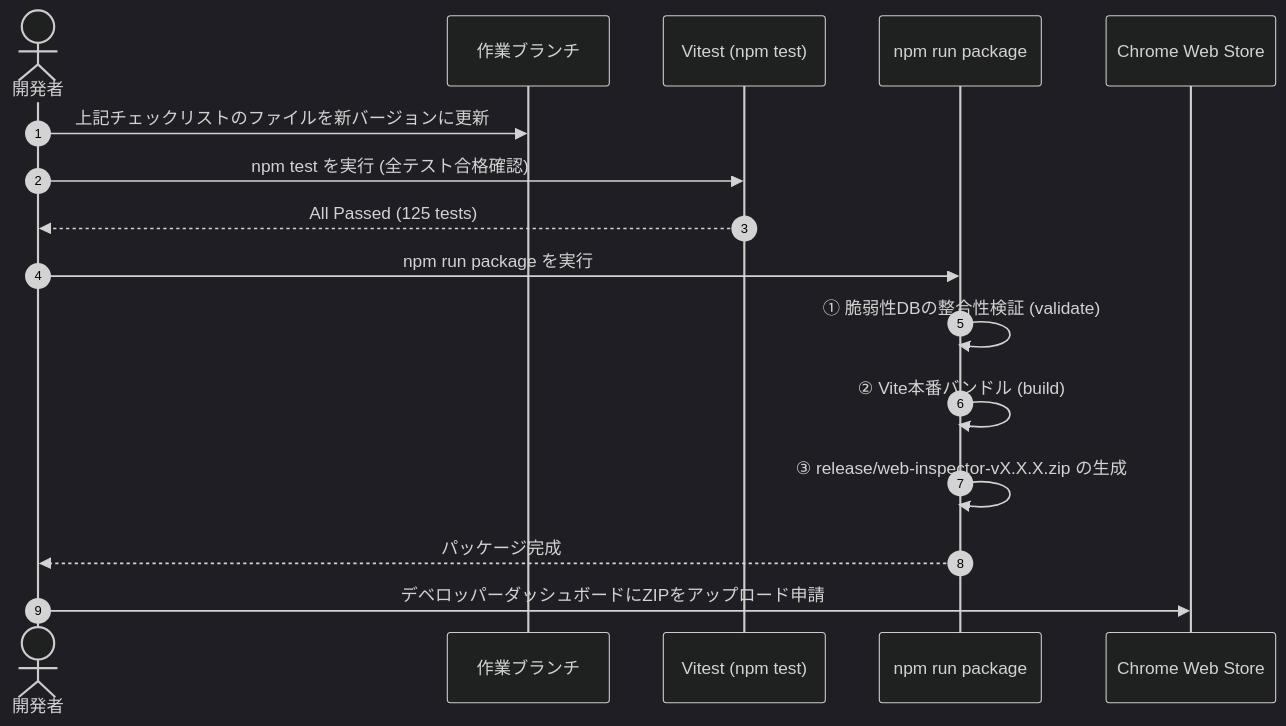
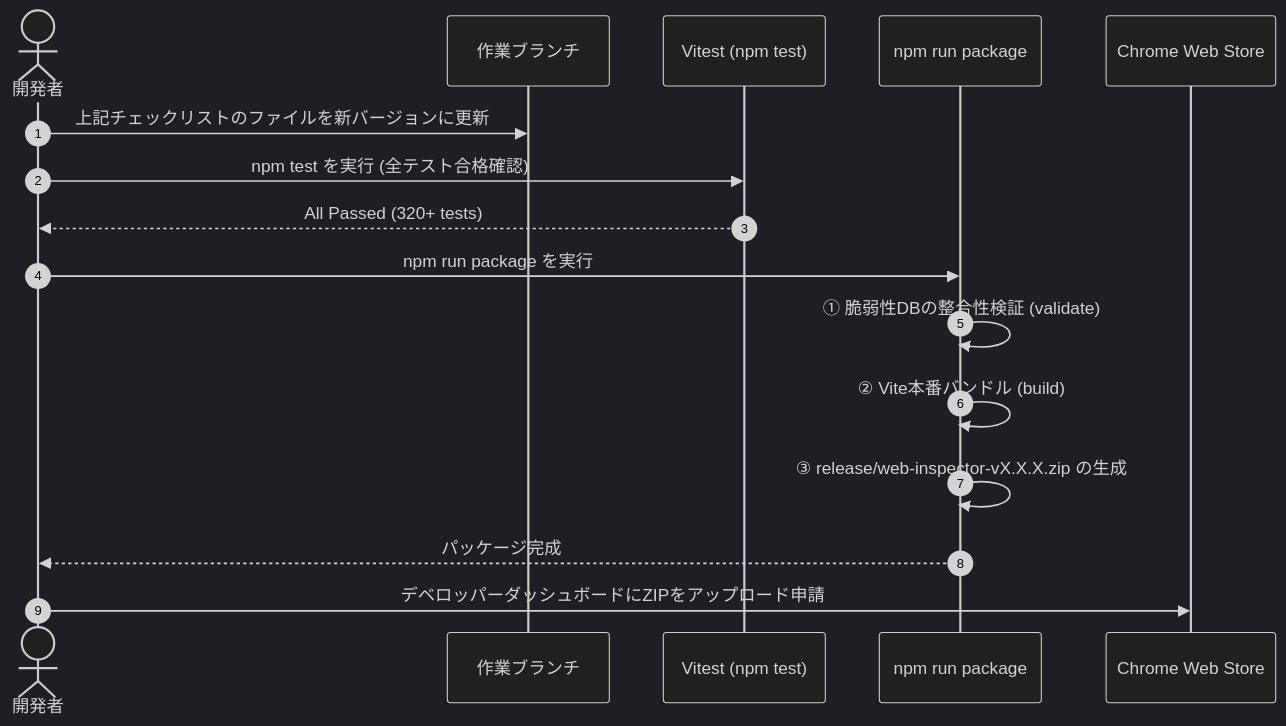
Before and after one commit to moritama/web-inspector: the second of 3 diagrams in docs/MAINTENANCE_GUIDE.md, drawn with Mermaid (dark theme). The commit also changed other lines of this file and 77 other files, not shown here.

````diff
--- a/docs/MAINTENANCE_GUIDE.md
+++ b/docs/MAINTENANCE_GUIDE.md
@@ -63,19 +63,19 @@
 ```mermaid
 sequenceDiagram
     autonumber
     actor Dev as 開発者
     participant Git as 作業ブランチ
     participant Test as Vitest (npm test)
     participant Pack as npm run package
     participant Store as Chrome Web Store
 
     Dev->>Git: 上記チェックリストのファイルを新バージョンに更新
     Dev->>Test: npm test を実行 (全テスト合格確認)
-    Test-->>Dev: All Passed (125 tests)
+    Test-->>Dev: All Passed (320+ tests)
     Dev->>Pack: npm run package を実行
     Pack->>Pack: ① 脆弱性DBの整合性検証 (validate)
     Pack->>Pack: ② Vite本番バンドル (build)
     Pack->>Pack: ③ release/web-inspector-vX.X.X.zip の生成
     Pack-->>Dev: パッケージ完成
     Dev->>Store: デベロッパーダッシュボードにZIPをアップロード申請
 ```
````
